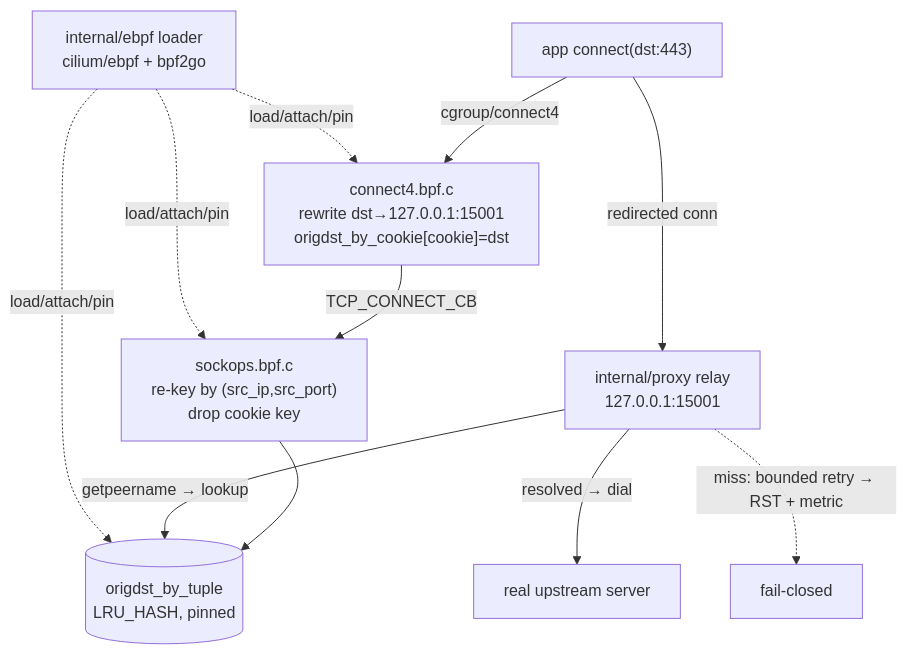
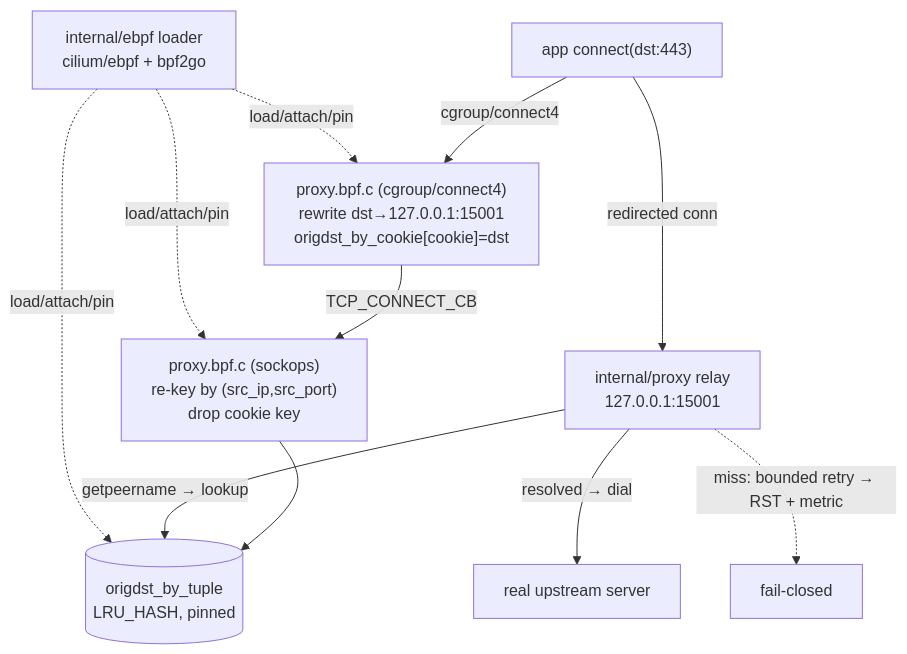
One commit to mesbrj/GO-eBPF-Proxy changed the diagram in .specs/features/01-ebpf-redirect/design.md. Above: the diagram before and after it, drawn with Mermaid. The commit also changed other lines of this file and 19 other files, not shown here.

````diff
--- a/.specs/features/01-ebpf-redirect/design.md
+++ b/.specs/features/01-ebpf-redirect/design.md
@@ -20,11 +20,11 @@
 ```mermaid
 graph TD
-    app["app connect(dst:443)"] -->|cgroup/connect4| C4["connect4.bpf.c<br/>rewrite dst→127.0.0.1:15001<br/>origdst_by_cookie[cookie]=dst"]
-    C4 -->|TCP_CONNECT_CB| SO["sockops.bpf.c<br/>re-key by (src_ip,src_port)<br/>drop cookie key"]
+    app["app connect(dst:443)"] -->|cgroup/connect4| C4["proxy.bpf.c (cgroup/connect4)<br/>rewrite dst→127.0.0.1:15001<br/>origdst_by_cookie[cookie]=dst"]
+    C4 -->|TCP_CONNECT_CB| SO["proxy.bpf.c (sockops)<br/>re-key by (src_ip,src_port)<br/>drop cookie key"]
     SO --> MAP[("origdst_by_tuple<br/>LRU_HASH, pinned")]
     app -->|redirected conn| RELAY["internal/proxy relay<br/>127.0.0.1:15001"]
     RELAY -->|getpeername → lookup| MAP
     RELAY -->|resolved → dial| SRV["real upstream server"]
     RELAY -.->|miss: bounded retry → RST + metric| DROP["fail-closed"]
     LOADER["internal/ebpf loader<br/>cilium/ebpf + bpf2go"] -.->|load/attach/pin| C4 & SO & MAP
 ```
````
